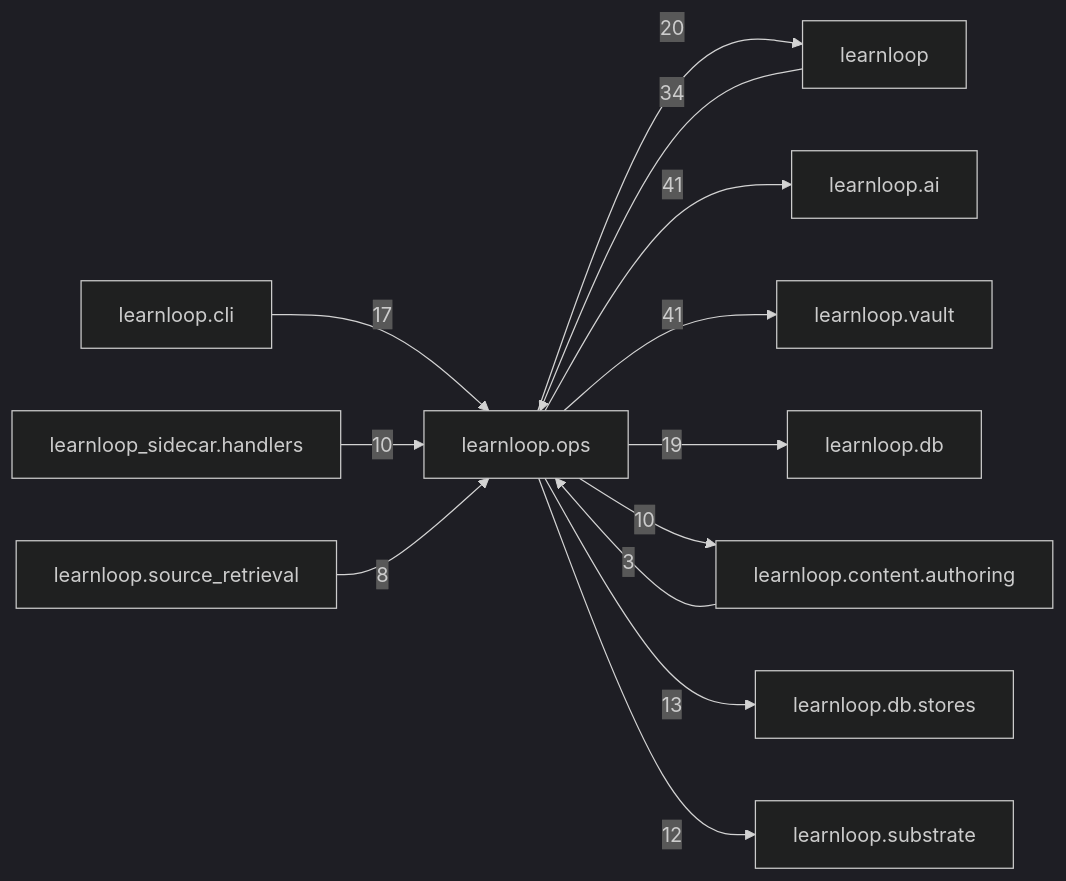
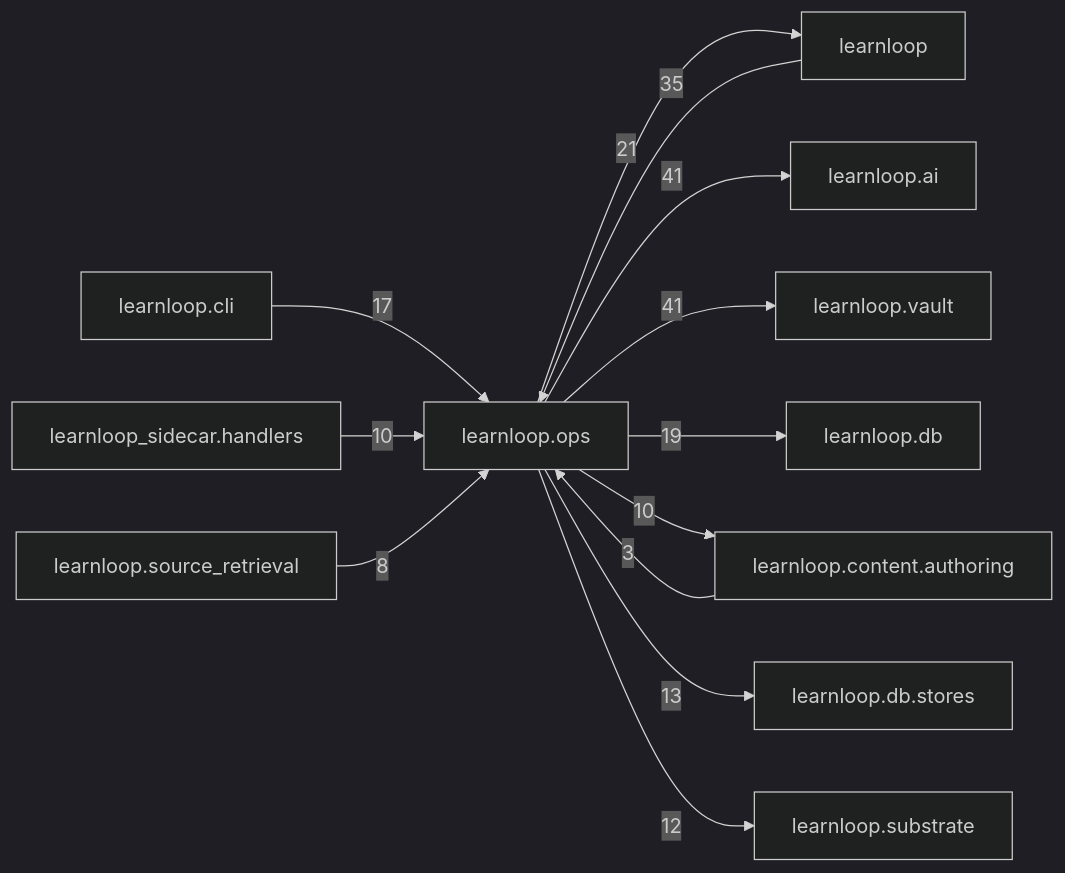
Before and after one commit to 6up-b/learnanything: the diagram in docs/learnloop-architecture-vault/Reference/Modules/learnloop/ops/_package.md, drawn with Mermaid (dark theme). The commit also changed other lines of this file and 550 other files, not shown here.

````diff
--- a/docs/learnloop-architecture-vault/Reference/Modules/learnloop/ops/_package.md
+++ b/docs/learnloop-architecture-vault/Reference/Modules/learnloop/ops/_package.md
@@ -149,26 +149,26 @@
 ```mermaid
 flowchart LR
     center["learnloop.ops"]
     n_learnloop["learnloop"]
     n_learnloop_ai["learnloop.ai"]
     n_learnloop_vault["learnloop.vault"]
     n_learnloop_db["learnloop.db"]
     n_learnloop_cli["learnloop.cli"]
     n_learnloop_content_authoring["learnloop.content.authoring"]
     n_learnloop_db_stores["learnloop.db.stores"]
     n_learnloop_substrate["learnloop.substrate"]
     n_learnloop_sidecar_handlers["learnloop_sidecar.handlers"]
     n_learnloop_source_retrieval["learnloop.source_retrieval"]
-    n_learnloop -->|34| center
-    center -->|20| n_learnloop
+    n_learnloop -->|35| center
+    center -->|21| n_learnloop
     center -->|41| n_learnloop_ai
     center -->|41| n_learnloop_vault
     center -->|19| n_learnloop_db
     n_learnloop_cli -->|17| center
     n_learnloop_content_authoring -->|3| center
     center -->|10| n_learnloop_content_authoring
     center -->|13| n_learnloop_db_stores
     center -->|12| n_learnloop_substrate
     n_learnloop_sidecar_handlers -->|10| center
     n_learnloop_source_retrieval -->|8| center
 ```
````
